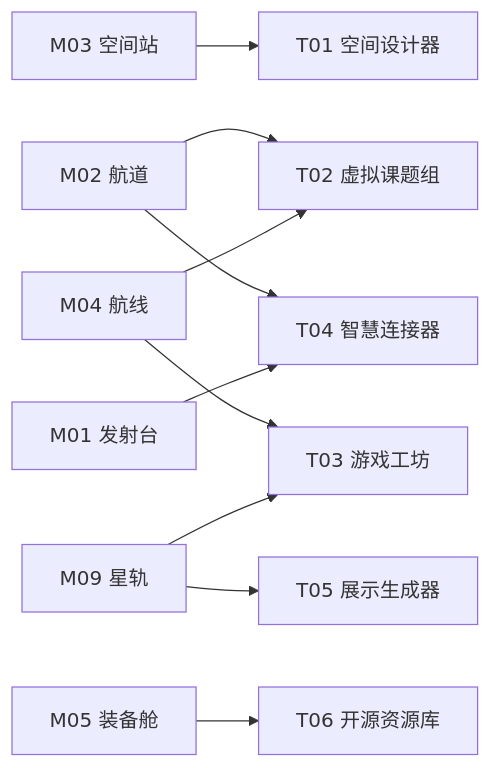
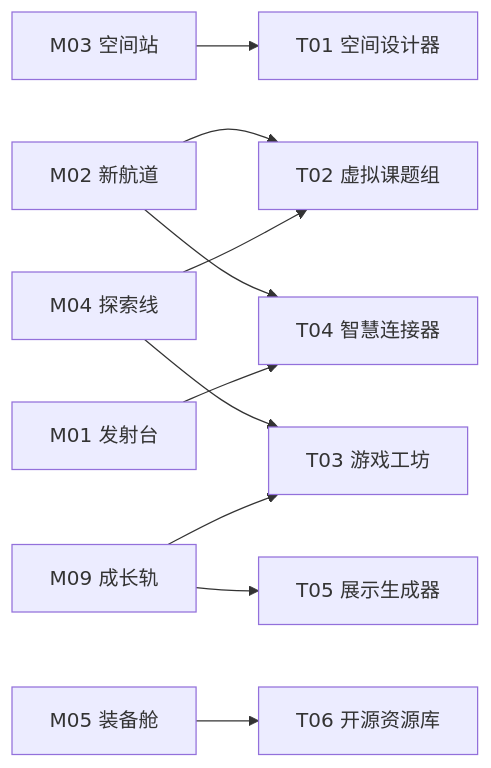
Before and after one commit to openwisdomlab/owlab: the diagram in content/docs/zh/resources/index.mdx, drawn with Mermaid. The commit also changed other lines of this file and 33 other files, not shown here.

````diff
--- a/content/docs/zh/resources/index.mdx
+++ b/content/docs/zh/resources/index.mdx
@@ -103,12 +103,12 @@
 ```mermaid
 graph LR
     M03[M03 空间站] --> T01[T01 空间设计器]
-    M02[M02 航道] --> T02[T02 虚拟课题组]
-    M04[M04 航线] --> T02
+    M02[M02 新航道] --> T02[T02 虚拟课题组]
+    M04[M04 探索线] --> T02
     M04 --> T03[T03 游戏工坊]
-    M09[M09 星轨] --> T03
+    M09[M09 成长轨] --> T03
     M02 --> T04[T04 智慧连接器]
     M01[M01 发射台] --> T04
     M09 --> T05[T05 展示生成器]
     M05[M05 装备舱] --> T06[T06 开源资源库]
 ```
````
